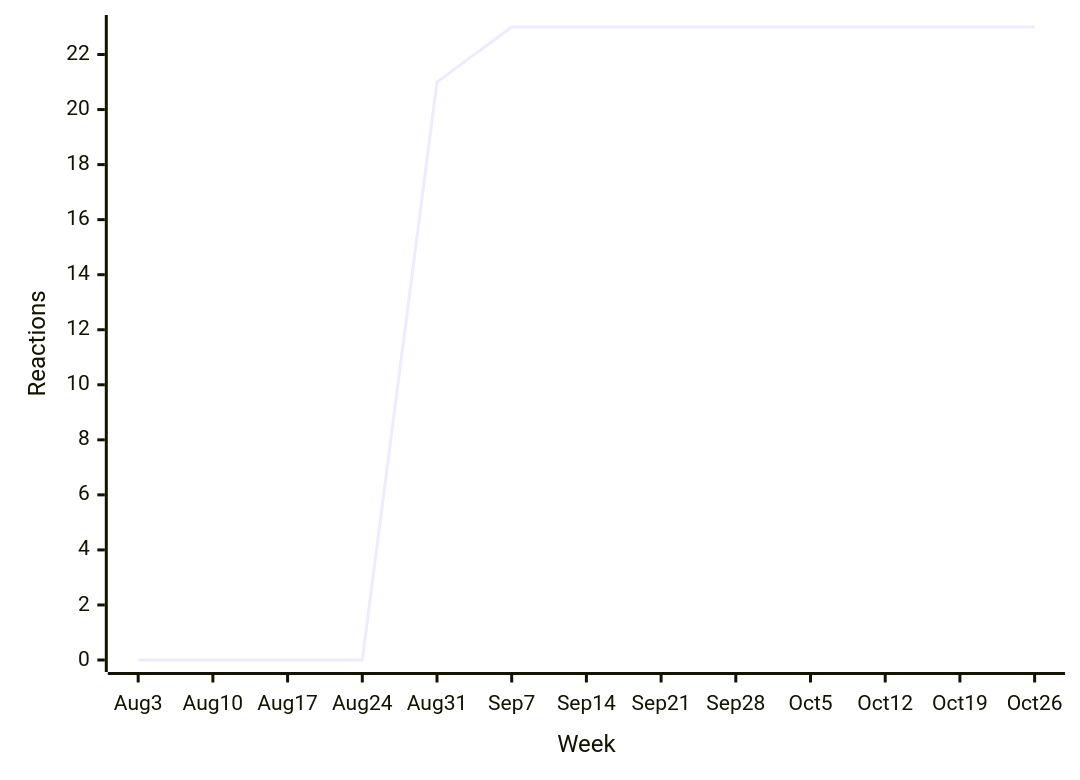
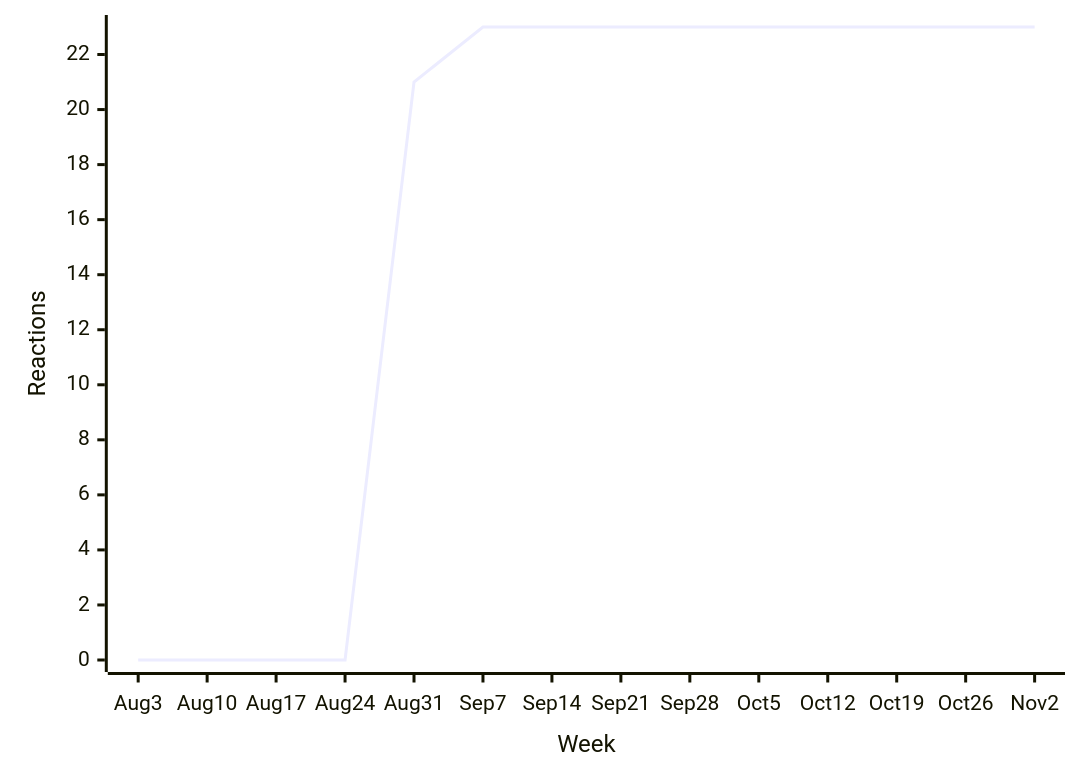
The fourth of 38 diagrams in README.md (loic-sharma/github-insights), drawn with Mermaid before and after one commit. The commit also changed other lines of this file and 3 other files, not shown here.

````diff
--- a/README.md
+++ b/README.md
@@ -375,6 +375,6 @@
   ```mermaid
   xychart-beta
-    x-axis "Week" [Aug 3, Aug 10, Aug 17, Aug 24, Aug 31, Sep 7, Sep 14, Sep 21, Sep 28, Oct 5, Oct 12, Oct 19, Oct 26]
+    x-axis "Week" [Aug 3, Aug 10, Aug 17, Aug 24, Aug 31, Sep 7, Sep 14, Sep 21, Sep 28, Oct 5, Oct 12, Oct 19, Oct 26, Nov 2]
     y-axis "Reactions"
-    line [0, 0, 0, 0, 21, 23, 23, 23, 23, 23, 23, 23, 23]
+    line [0, 0, 0, 0, 21, 23, 23, 23, 23, 23, 23, 23, 23, 23]
   ```
````
